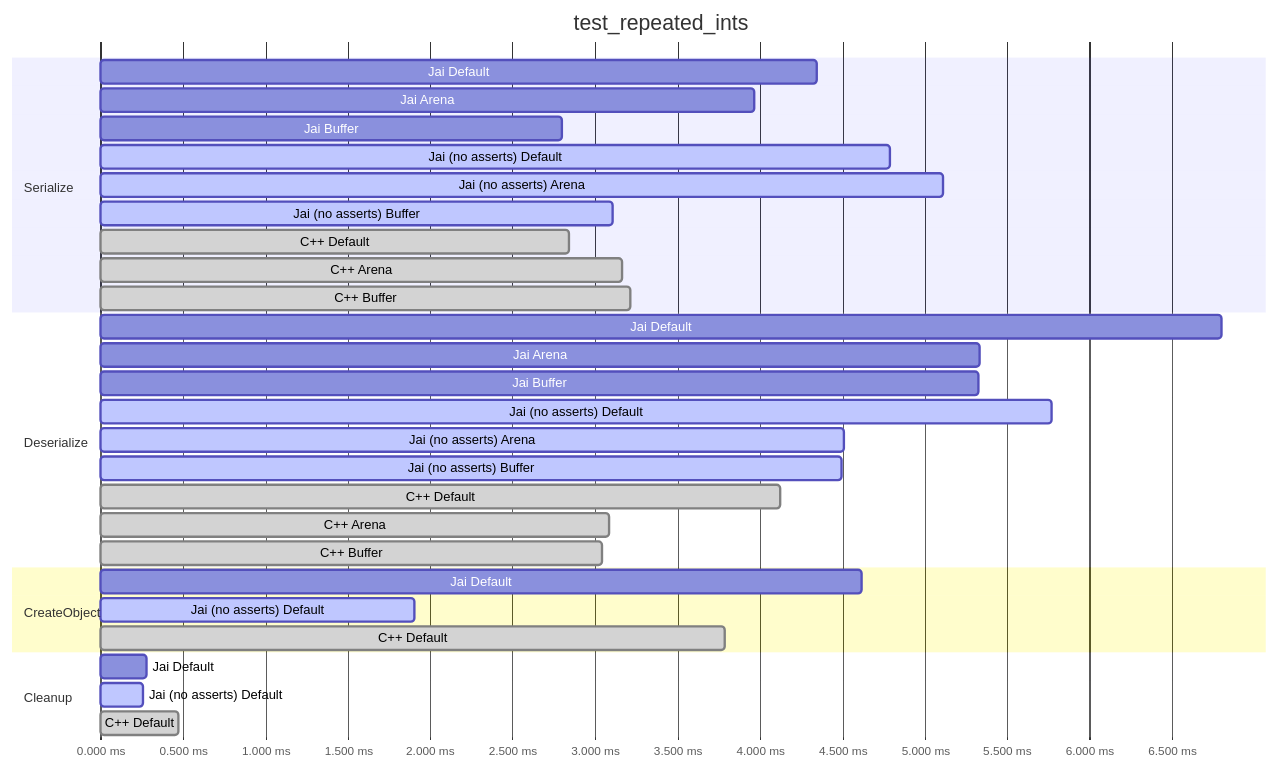
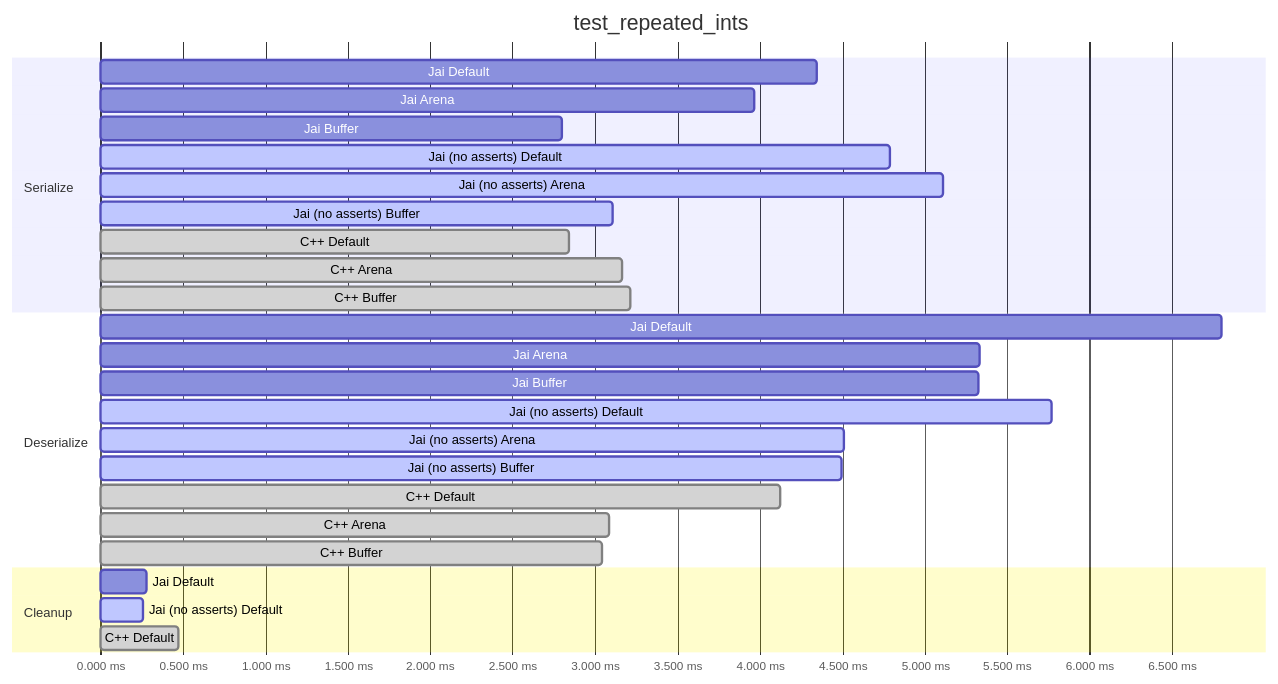
Before and after one commit to segcore/jai-protobuf-timings: the first of 7 diagrams in README.md, drawn with Mermaid. The commit also changed other lines of this file and 1 other file, not shown here.

Commit message:
Ignore CreateObject for plots, objects can be created in many ways.

````diff
--- a/README.md
+++ b/README.md
@@ -16,34 +16,30 @@
 ```mermaid
 gantt
     title test_repeated_ints
     dateFormat x
     axisFormat %s.%L ms
     section Serialize
         Jai Default : 0, 4.34315s
         Jai Arena : 0, 3.964517s
         Jai Buffer : 0, 2.798507s
         Jai (no asserts) Default :active, 0, 4.787348s
         Jai (no asserts) Arena :active, 0, 5.111928s
         Jai (no asserts) Buffer :active, 0, 3.105268s
         C++ Default :done, 0, 2.844878s
         C++ Arena :done, 0, 3.166098s
         C++ Buffer :done, 0, 3.21486s
     section Deserialize
         Jai Default : 0, 6.800913s
         Jai Arena : 0, 5.333118s
         Jai Buffer : 0, 5.32909s
         Jai (no asserts) Default :active, 0, 5.770382s
         Jai (no asserts) Arena :active, 0, 4.510551s
         Jai (no asserts) Buffer :active, 0, 4.498309s
         C++ Default :done, 0, 4.126291s
         C++ Arena :done, 0, 3.086156s
         C++ Buffer :done, 0, 3.042525s
-    section CreateObject
-        Jai Default : 0, 4.617303s
-        Jai (no asserts) Default :active, 0, 1.901313s
-        C++ Default :done, 0, 3.786808s
     section Cleanup
         Jai Default : 0, 0.280529s
         Jai (no asserts) Default :active, 0, 0.257511s
         C++ Default :done, 0, 0.470621s
 ```
````
